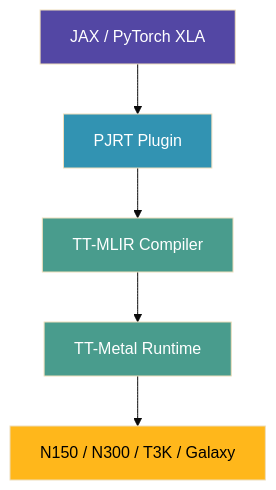
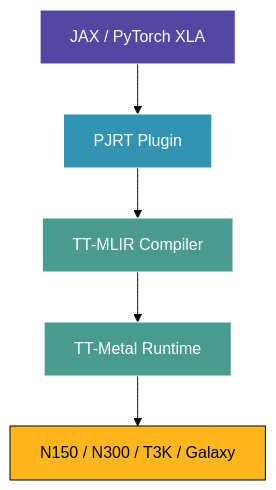
One commit to tenstorrent/tt-vscode-toolkit changed the diagram in content/lessons/tt-xla-jax.md. Above: the diagram before and after it, drawn with Mermaid (base theme). The commit also changed 12 other files, not shown here.

Commit message:
mermaid and markdown fixes

````diff
--- a/content/lessons/tt-xla-jax.md
+++ b/content/lessons/tt-xla-jax.md
@@ -58,19 +58,19 @@
 ```mermaid
 graph TB
     Code[JAX / PyTorch XLA]
     PJRT[PJRT Plugin]
     MLIR[TT-MLIR Compiler]
     Metal[TT-Metal Runtime]
     Hardware[N150 / N300 / T3K / Galaxy]
 
     Code --> PJRT
     PJRT --> MLIR
     MLIR --> Metal
     Metal --> Hardware
 
-    style Code fill:#5347a4,color:#fff
-    style PJRT fill:#3293b2,color:#fff
-    style MLIR fill:#499c8d,color:#fff
-    style Metal fill:#499c8d,color:#fff
-    style Hardware fill:#ffb71b,color:#000
+    style Code fill:#5347a4,stroke:#fff,color:#fff
+    style PJRT fill:#3293b2,stroke:#fff,color:#fff
+    style MLIR fill:#499c8d,stroke:#fff,color:#fff
+    style Metal fill:#499c8d,stroke:#fff,color:#fff
+    style Hardware fill:#ffb71b,stroke:#000,color:#000
 ```
````
